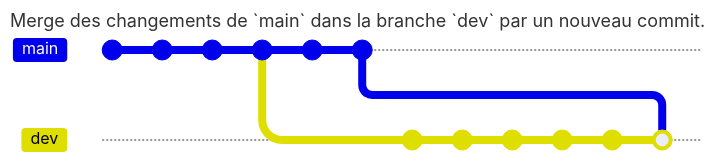
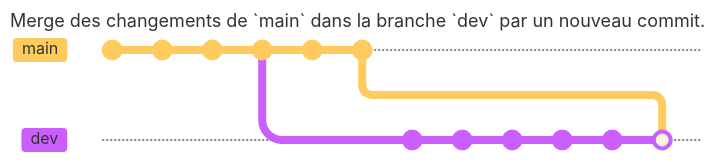
Before and after one commit to tavenel/website: the sixth of 7 diagrams in src/courses/git/cours.md, drawn with Mermaid. The commit also changed other lines of this file and 4 other files, not shown here. Commit ids are hidden.

Commit message:
css: mermaid style

````diff
--- a/src/courses/git/cours.md
+++ b/src/courses/git/cours.md
@@ -347,22 +349,23 @@
 ```mermaid
 ---
 title: Merge des changements de `main` dans la branche `dev` par un nouveau commit.
 ---
 
+%%{init: { 'theme': 'base' } }%%
 gitGraph
 commit
 commit
 commit
 commit
 branch dev
 checkout main
 commit
 commit
 checkout dev
 commit
 commit
 commit
 commit
 commit
 merge main
 ```
````
